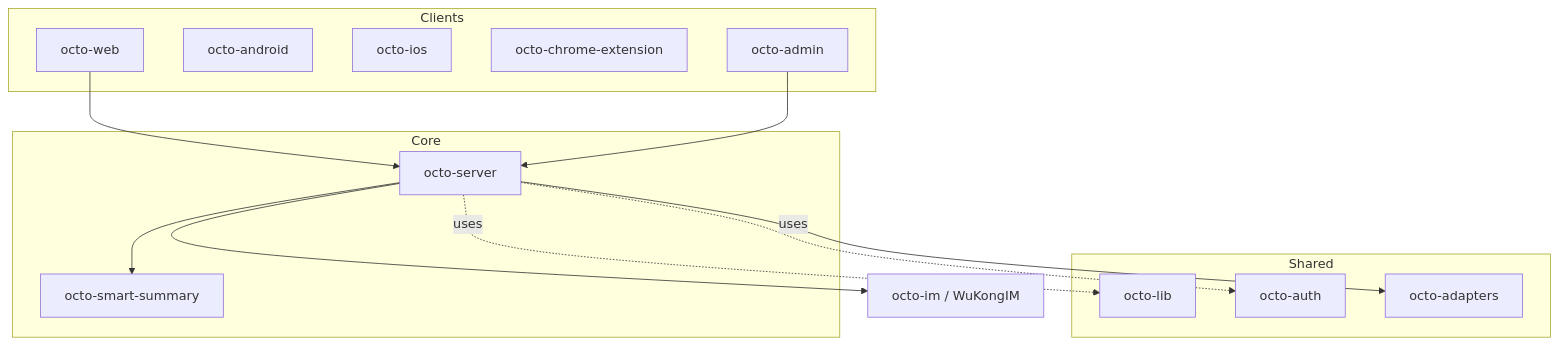
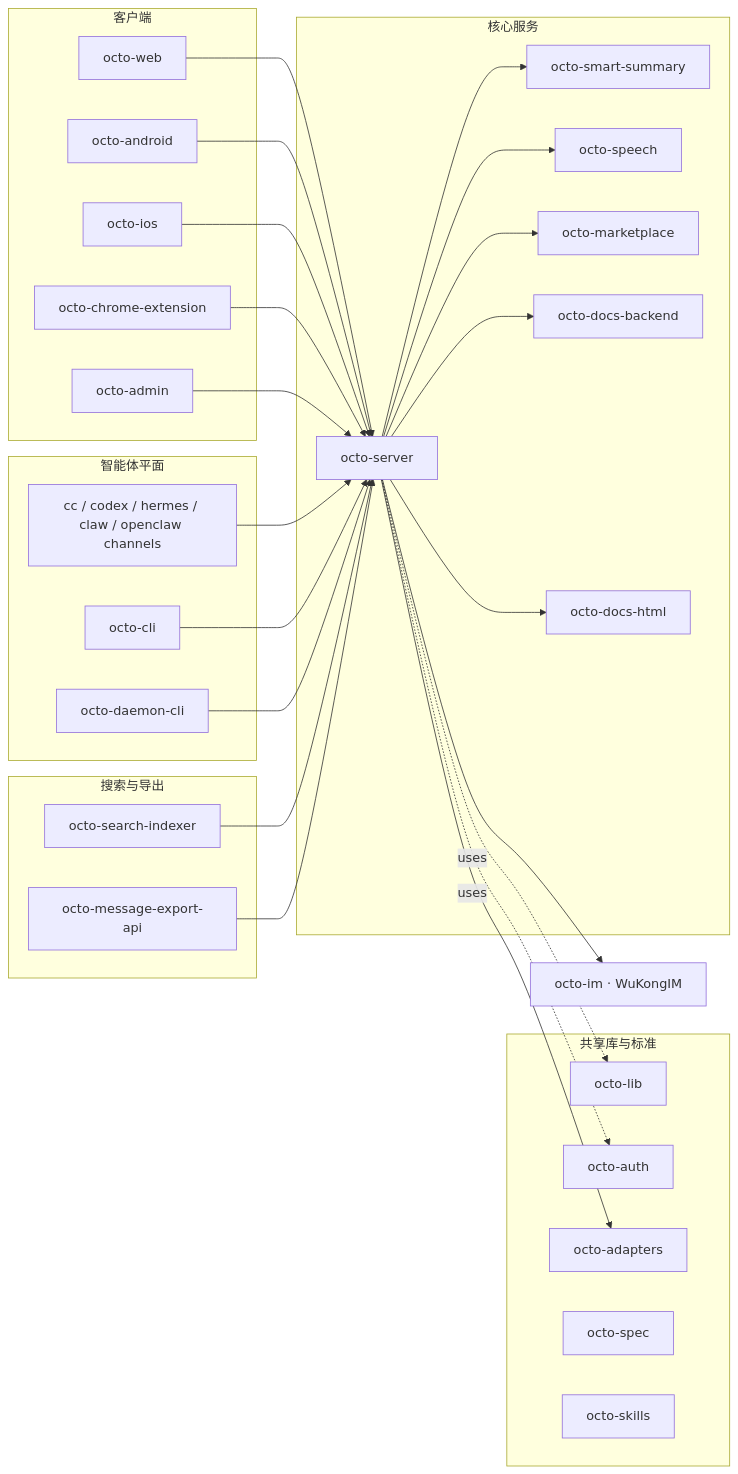
One commit to Mininglamp-OSS/octo-docs changed the diagram in zh/ecosystem/repository-guide.mdx. Above: the diagram before and after it, drawn with Mermaid. The commit also changed other lines of this file and 5 other files, not shown here.

First line of the commit message:
docs: refresh architecture diagrams — complete, legible, LR-layered

````diff
--- a/zh/ecosystem/repository-guide.mdx
+++ b/zh/ecosystem/repository-guide.mdx
@@ -12,27 +12,55 @@
 ```mermaid
-graph TD
-  subgraph Clients
+graph LR
+  subgraph clients["客户端"]
     web[octo-web]
     android[octo-android]
     ios[octo-ios]
     ext[octo-chrome-extension]
-    admin[octo-admin]
+    adm[octo-admin]
   end
-  subgraph Core
+  subgraph coregrp["核心服务"]
     server[octo-server]
     summary[octo-smart-summary]
+    speech[octo-speech]
+    market[octo-marketplace]
+    dbe[octo-docs-backend]
+    dhtml[octo-docs-html]
   end
-  im[octo-im / WuKongIM]
-  subgraph Shared
+  im[octo-im · WuKongIM]
+  subgraph searchgrp["搜索与导出"]
+    idx[octo-search-indexer]
+    exp[octo-message-export-api]
+  end
+  subgraph agentgrp["智能体平面"]
+    channels[cc / codex / hermes / claw / openclaw channels]
+    cli[octo-cli]
+    daemon[octo-daemon-cli]
+  end
+  subgraph sharedgrp["共享库与标准"]
     lib[octo-lib]
     auth[octo-auth]
     adapters[octo-adapters]
+    spec[octo-spec]
+    skills[octo-skills]
   end
+
   web --> server
-  admin --> server
+  android --> server
+  ios --> server
+  ext --> server
+  adm --> server
   server --> im
   server --> summary
+  server --> speech
+  server --> market
+  server --> dbe
+  server --> dhtml
+  channels --> server
+  cli --> server
+  daemon --> server
+  idx --> server
+  exp --> server
   server -.uses.-> lib
   server -.uses.-> auth
   server --> adapters
 ```
````
